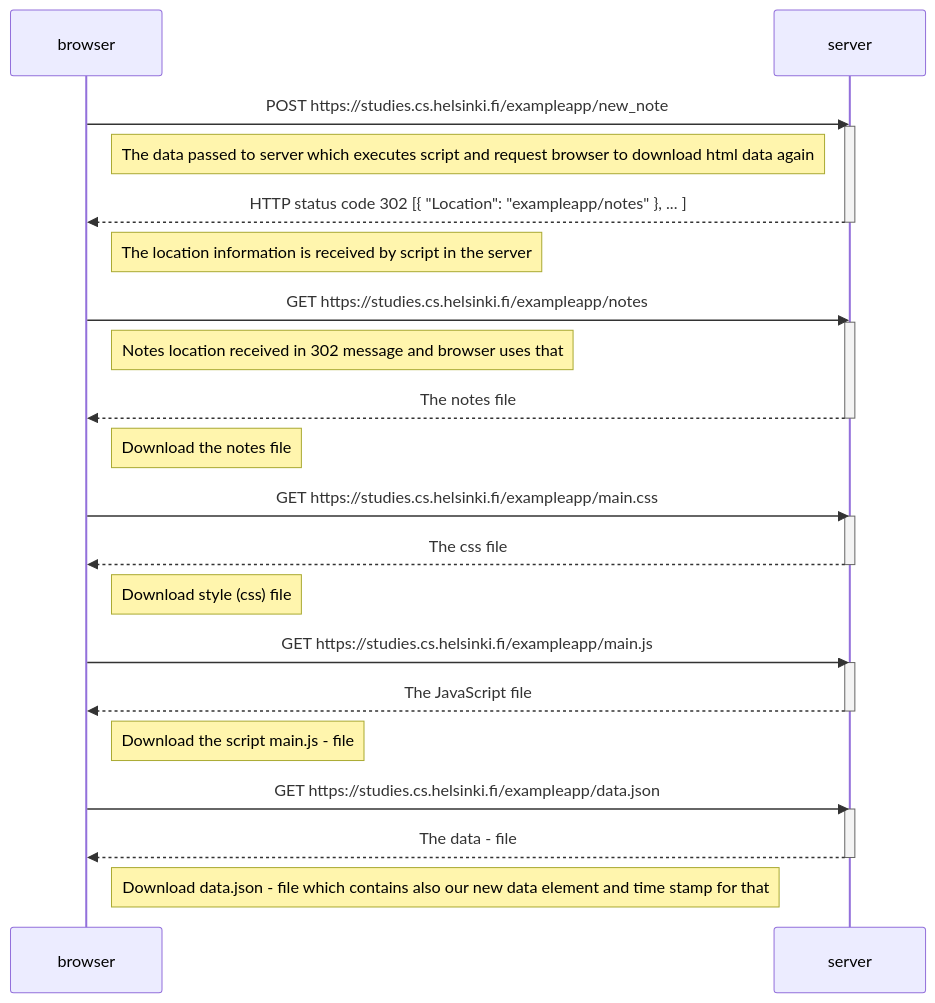
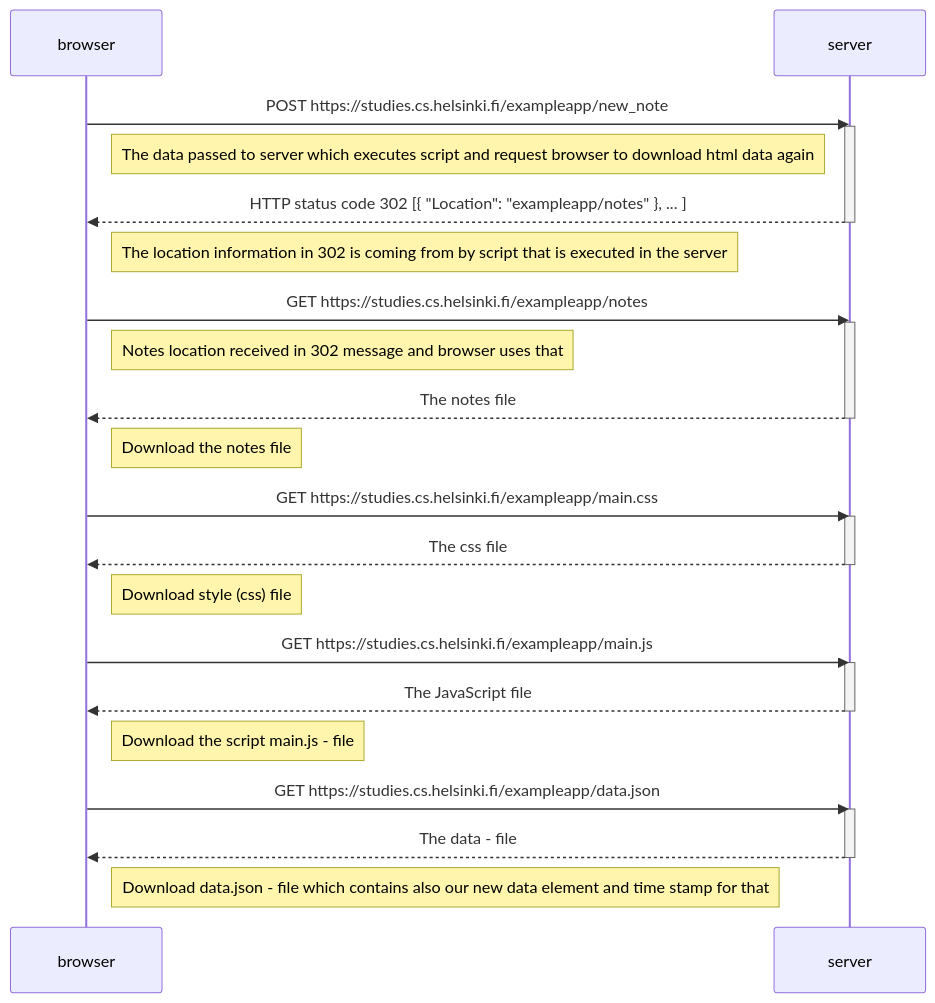
Before and after one commit to harautia/full-stack-open-exercises: the diagram in part0/0.4: new-note-diagram.md, drawn with Mermaid.

Commit message:
Update 0.4: new-note-diagram.md

````diff
--- a/part0/0.4: new-note-diagram.md
+++ b/part0/0.4: new-note-diagram.md
@@ -1,46 +1,46 @@
 ```mermaid
 sequenceDiagram
     participant browser
     participant server
 
     browser->>server: POST https://studies.cs.helsinki.fi/exampleapp/new_note
     activate server
 
     Note right of browser: The data passed to server which executes script and request browser to download html data again
 
     server-->>browser: HTTP status code 302 [{ "Location": "exampleapp/notes" }, ... ]
     deactivate server
 
-    Note right of browser: The location information is received by script in the server
+    Note right of browser: The location information in 302 is coming from by script that is executed in the server
 
     browser->>server: GET https://studies.cs.helsinki.fi/exampleapp/notes
     activate server
 
     Note right of browser: Notes location received in 302 message and browser uses that
 
     server-->>browser: The notes file
     deactivate server
 
     Note right of browser: Download the notes file
 
     browser->>server: GET https://studies.cs.helsinki.fi/exampleapp/main.css
     activate server
     server-->>browser: The css file
     deactivate server
 
     Note right of browser: Download style (css) file
 
     browser->>server: GET https://studies.cs.helsinki.fi/exampleapp/main.js
     activate server
     server-->>browser: The JavaScript file
     deactivate server
 
     Note right of browser: Download the script main.js - file
 
     browser->>server: GET https://studies.cs.helsinki.fi/exampleapp/data.json
     activate server
     server-->>browser: The data - file
     deactivate server
 
     Note right of browser: Download data.json - file which contains also our new data element and time stamp for that
 ```
````
